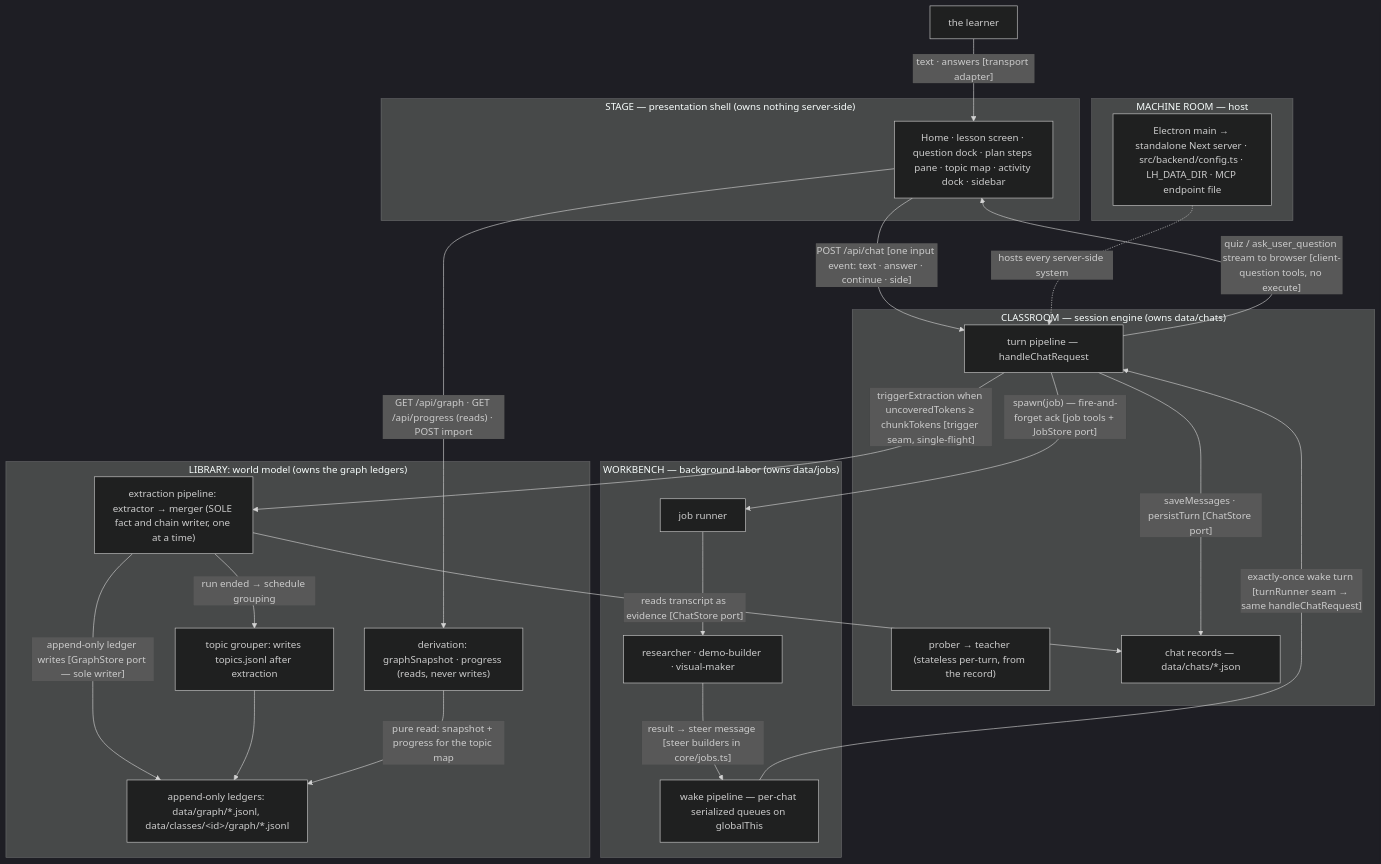
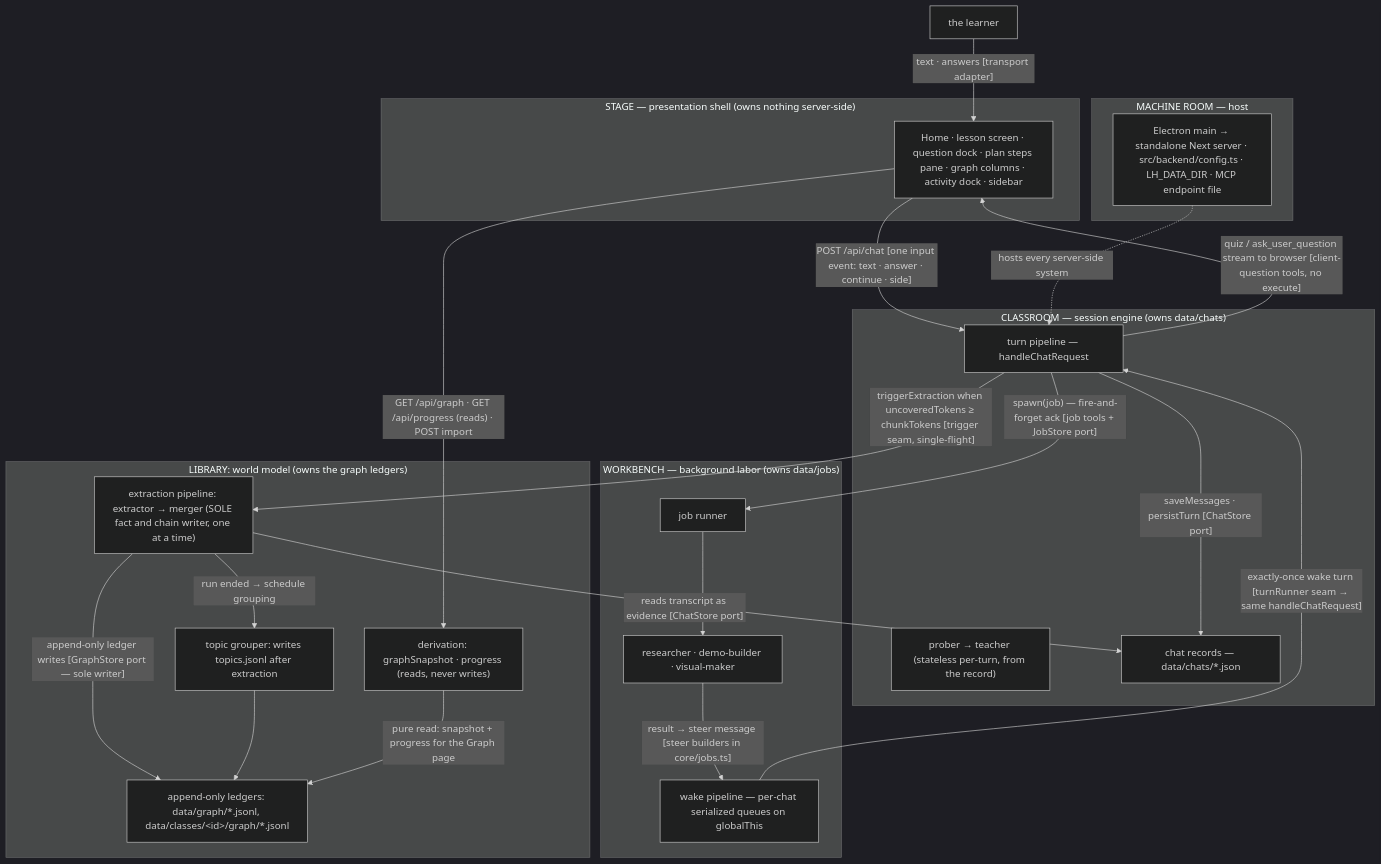
The third of 7 diagrams in docs/architecture.md (bayshores/godspeed), drawn with Mermaid (dark theme) before and after one commit. The commit also changed other lines of this file and 81 other files, not shown here.

First line of the commit message:
feat: one chat box in lessons, the graph as level columns with fact detail, and homework mode

````diff
--- a/docs/architecture.md
+++ b/docs/architecture.md
@@ -216,48 +216,48 @@
 ```mermaid
 flowchart TB
     LEARNER["the learner"]
 
     subgraph STAGE["STAGE — presentation shell (owns nothing server-side)"]
-        UI["Home · lesson screen · question dock · plan steps pane · topic map · activity dock · sidebar"]
+        UI["Home · lesson screen · question dock · plan steps pane · graph columns · activity dock · sidebar"]
     end
 
     subgraph CLASSROOM["CLASSROOM — session engine (owns data/chats)"]
         TURN["turn pipeline — handleChatRequest"]
         AGENTS["prober → teacher (stateless per-turn, from the record)"]
         CHATDATA["chat records — data/chats/*.json"]
     end
 
     subgraph WORKBENCH["WORKBENCH — background labor (owns data/jobs)"]
         JOBRUN["job runner"]
         SUBAGENTS["researcher · demo-builder · visual-maker"]
         WAKE["wake pipeline — per-chat serialized queues on globalThis"]
     end
 
     subgraph LIBRARY["LIBRARY: world model (owns the graph ledgers)"]
         EXTRACT["extraction pipeline: extractor → merger (SOLE fact and chain writer, one at a time)"]
         TOPICS["topic grouper: writes topics.jsonl after extraction"]
         DERIVE["derivation: graphSnapshot · progress (reads, never writes)"]
         GRAPHDATA["append-only ledgers: data/graph/*.jsonl, data/classes/&lt;id&gt;/graph/*.jsonl"]
     end
 
     subgraph ROOM["MACHINE ROOM — host"]
         HOST["Electron main → standalone Next server · src/backend/config.ts · LH_DATA_DIR · MCP endpoint file"]
     end
 
     LEARNER -->|"text · answers [transport adapter]"| UI
     UI -->|"POST /api/chat [one input event: text · answer · continue · side]"| TURN
     TURN -->|"quiz / ask_user_question stream to browser [client-question tools, no execute]"| UI
     TURN -->|"saveMessages · persistTurn [ChatStore port]"| CHATDATA
     TURN -->|"spawn(job) — fire-and-forget ack [job tools + JobStore port]"| JOBRUN
     JOBRUN --> SUBAGENTS
     SUBAGENTS -->|"result → steer message [steer builders in core/jobs.ts]"| WAKE
     WAKE -->|"exactly-once wake turn [turnRunner seam → same handleChatRequest]"| TURN
     TURN -->|"triggerExtraction when uncoveredTokens ≥ chunkTokens [trigger seam, single-flight]"| EXTRACT
     EXTRACT -->|"reads transcript as evidence [ChatStore port]"| CHATDATA
     EXTRACT -->|"append-only ledger writes [GraphStore port — sole writer]"| GRAPHDATA
     EXTRACT -->|"run ended → schedule grouping"| TOPICS
     TOPICS --> GRAPHDATA
-    DERIVE -->|"pure read: snapshot + progress for the topic map"| GRAPHDATA
+    DERIVE -->|"pure read: snapshot + progress for the Graph page"| GRAPHDATA
     UI -->|"GET /api/graph · GET /api/progress (reads) · POST import"| DERIVE
     HOST -.->|"hosts every server-side system"| TURN
 ```
````
